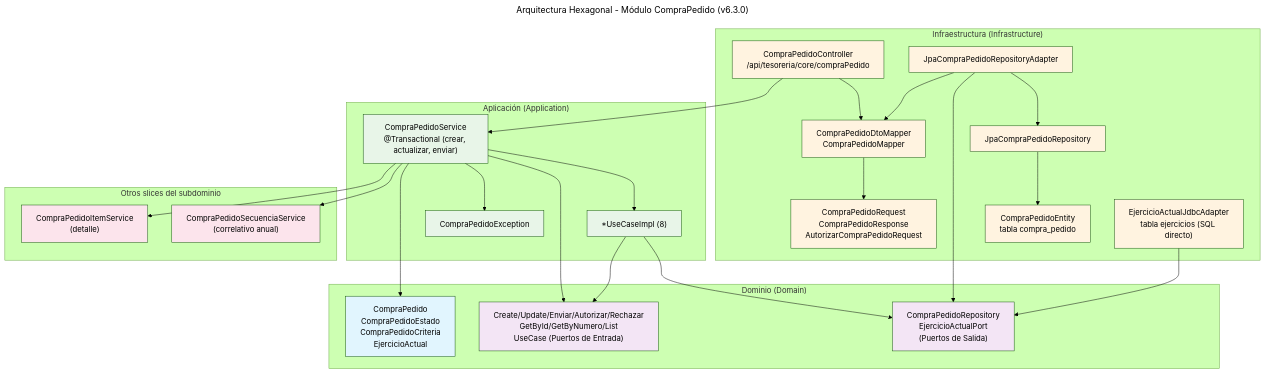
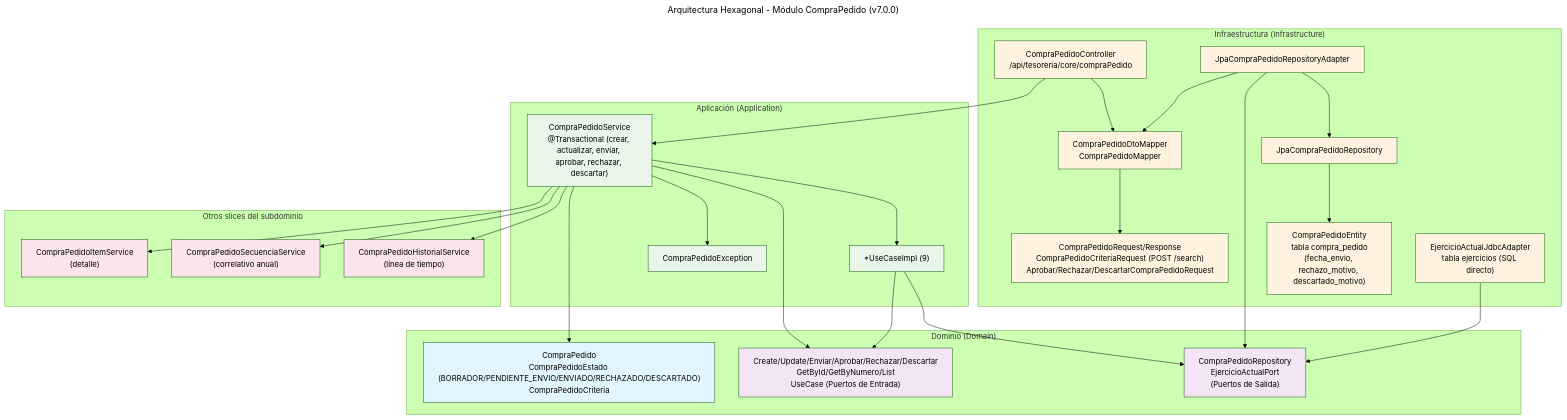
Before and after one commit to UM-services/UM.tesoreria.core-service: the diagram in docs/hexagonal-compraPedido.mmd, drawn with Mermaid (forest theme). The commit also changed 22 other files, not shown here.

```diff
--- a/docs/hexagonal-compraPedido.mmd
+++ b/docs/hexagonal-compraPedido.mmd
@@ -1,63 +1,66 @@
 ---
-title: Arquitectura Hexagonal - Módulo CompraPedido (v6.3.0)
+title: Arquitectura Hexagonal - Módulo CompraPedido (v7.0.0)
 ---
 flowchart TD
     subgraph Dominio ["Dominio (Domain)"]
-        M["CompraPedido<br/>CompraPedidoEstado<br/>CompraPedidoCriteria<br/>EjercicioActual"]
-        IN["Create/Update/Enviar/Autorizar/Rechazar<br/>GetById/GetByNumero/List<br/>UseCase (Puertos de Entrada)"]
+        M["CompraPedido<br/>CompraPedidoEstado (BORRADOR/PENDIENTE_ENVIO/ENVIADO/RECHAZADO/DESCARTADO)<br/>CompraPedidoCriteria"]
+        IN["Create/Update/Enviar/Aprobar/Rechazar/Descartar<br/>GetById/GetByNumero/List<br/>UseCase (Puertos de Entrada)"]
         OUT["CompraPedidoRepository<br/>EjercicioActualPort<br/>(Puertos de Salida)"]
     end
 
     subgraph Aplicacion ["Aplicación (Application)"]
-        Svc["CompraPedidoService<br/>@Transactional (crear, actualizar, enviar)"]
-        UCs["*UseCaseImpl (8)"]
+        Svc["CompraPedidoService<br/>@Transactional (crear, actualizar, enviar, aprobar, rechazar, descartar)"]
+        UCs["*UseCaseImpl (9)"]
         Exc["CompraPedidoException"]
     end
 
     subgraph Infraestructura ["Infraestructura (Infrastructure)"]
         Ctrl["CompraPedidoController<br/>/api/tesoreria/core/compraPedido"]
-        DTO["CompraPedidoRequest<br/>CompraPedidoResponse<br/>AutorizarCompraPedidoRequest"]
+        DTO["CompraPedidoRequest/Response<br/>CompraPedidoCriteriaRequest (POST /search)<br/>Aprobar/Rechazar/DescartarCompraPedidoRequest"]
         Map["CompraPedidoDtoMapper<br/>CompraPedidoMapper"]
         Adp["JpaCompraPedidoRepositoryAdapter"]
         Eje["EjercicioActualJdbcAdapter<br/>tabla ejercicios (SQL directo)"]
-        Ent["CompraPedidoEntity<br/>tabla compra_pedido"]
+        Ent["CompraPedidoEntity<br/>tabla compra_pedido<br/>(fecha_envio, rechazo_motivo, descartado_motivo)"]
         Jpa["JpaCompraPedidoRepository"]
     end
 
     subgraph CrossSlice ["Otros slices del subdominio"]
         Item["CompraPedidoItemService<br/>(detalle)"]
         Sec["CompraPedidoSecuenciaService<br/>(correlativo anual)"]
+        His["CompraPedidoHistorialService<br/>(línea de tiempo)"]
     end
 
     Ctrl --> Svc
     Ctrl --> Map
     Map --> DTO
     Svc --> IN
     Svc --> UCs
     Svc --> Exc
     Svc --> Item
     Svc --> Sec
+    Svc --> His
     UCs --> IN
     UCs --> OUT
     Adp --> OUT
     Adp --> Map
     Adp --> Jpa
     Eje --> OUT
     Jpa --> Ent
     Svc --> M
 
     style M fill:#e1f5fe
     style IN fill:#f3e5f5
     style OUT fill:#f3e5f5
     style Svc fill:#e8f5e8
     style UCs fill:#e8f5e8
     style Exc fill:#e8f5e8
     style Ctrl fill:#fff3e0
     style DTO fill:#fff3e0
     style Map fill:#fff3e0
     style Adp fill:#fff3e0
     style Eje fill:#fff3e0
     style Ent fill:#fff3e0
     style Jpa fill:#fff3e0
     style Item fill:#fce4ec
     style Sec fill:#fce4ec
+    style His fill:#fce4ec
```
